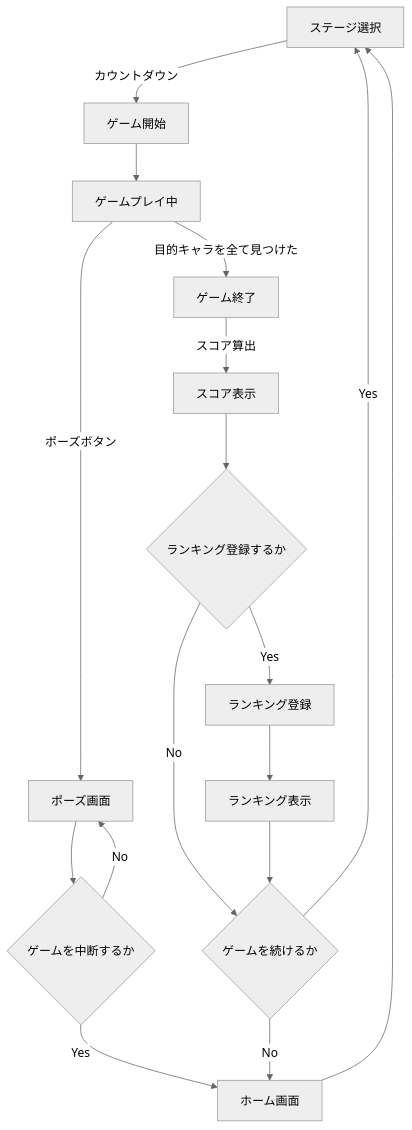
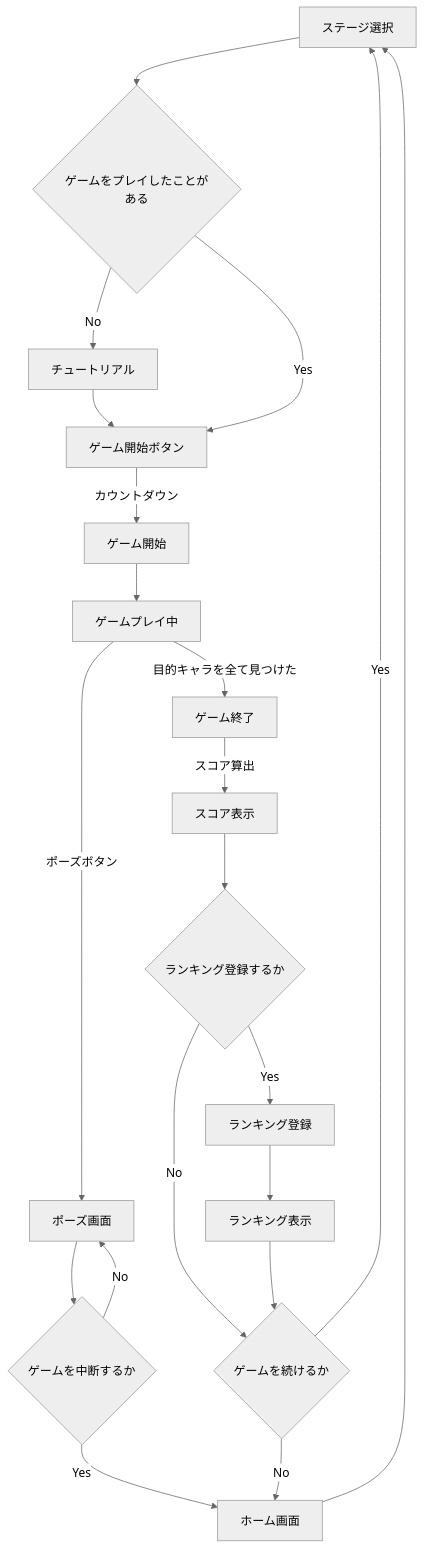
The second of 2 diagrams in design/design.md (four-concealed-triples-pair-wait/docs), drawn with Mermaid (neutral theme) before and after one commit. The commit also changed other lines of this file, not shown here.

Commit message:
docs: ゲームプレイ時のアクティビティ図修正（チュートリアル追加）

````diff
--- a/design/design.md
+++ b/design/design.md
@@ -66,18 +72,22 @@
 ```mermaid
 flowchart TD
-    ss[ステージ選択] -- カウントダウン --> sg[ゲーム開始]
+    ss[ステージ選択] --> dgp{ゲームをプレイしたことがある} 
+    dgp -- No --> t[チュートリアル] 
+    t --> gsb
+    dgp -- Yes --> gsb
+    gsb[ゲーム開始ボタン] -- カウントダウン --> sg[ゲーム開始]
     sg --> pg[ゲームプレイ中]
     h[ホーム画面] --> ss
     pg -- 目的キャラを全て見つけた --> eg[ゲーム終了]
     eg -- スコア算出 --> cs[スコア表示]
     cs --> rr?{ランキング登録するか}
     rr? -- Yes --> rr[ランキング登録] --> dr
     rr? -- No --> cG
     dr[ランキング表示] --> cG{ゲームを続けるか}
     pg -- ポーズボタン --> p[ポーズ画面]
     p --> cg{ゲームを中断するか}
     cg -- Yes --> h
     cg -- No --> p
     cG -- Yes --> ss
     cG -- No --> h
 ```
````
